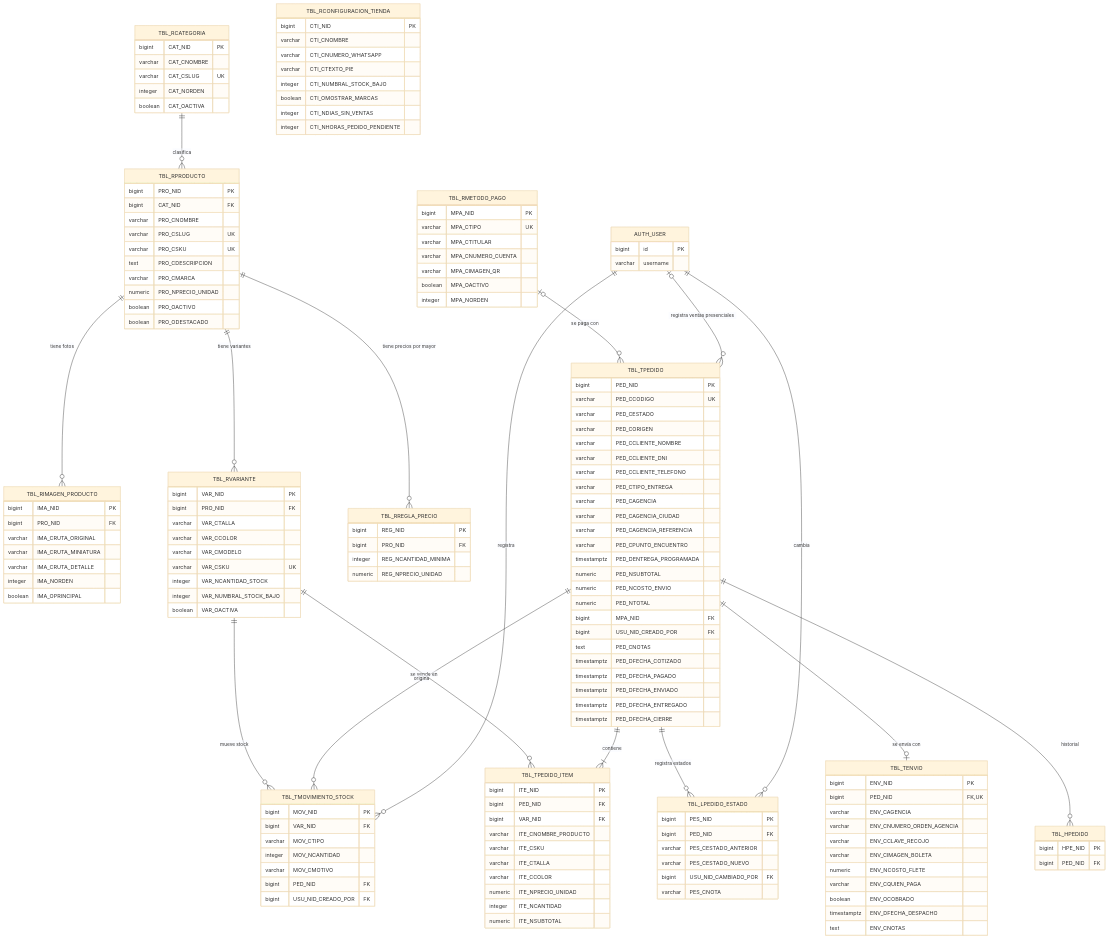
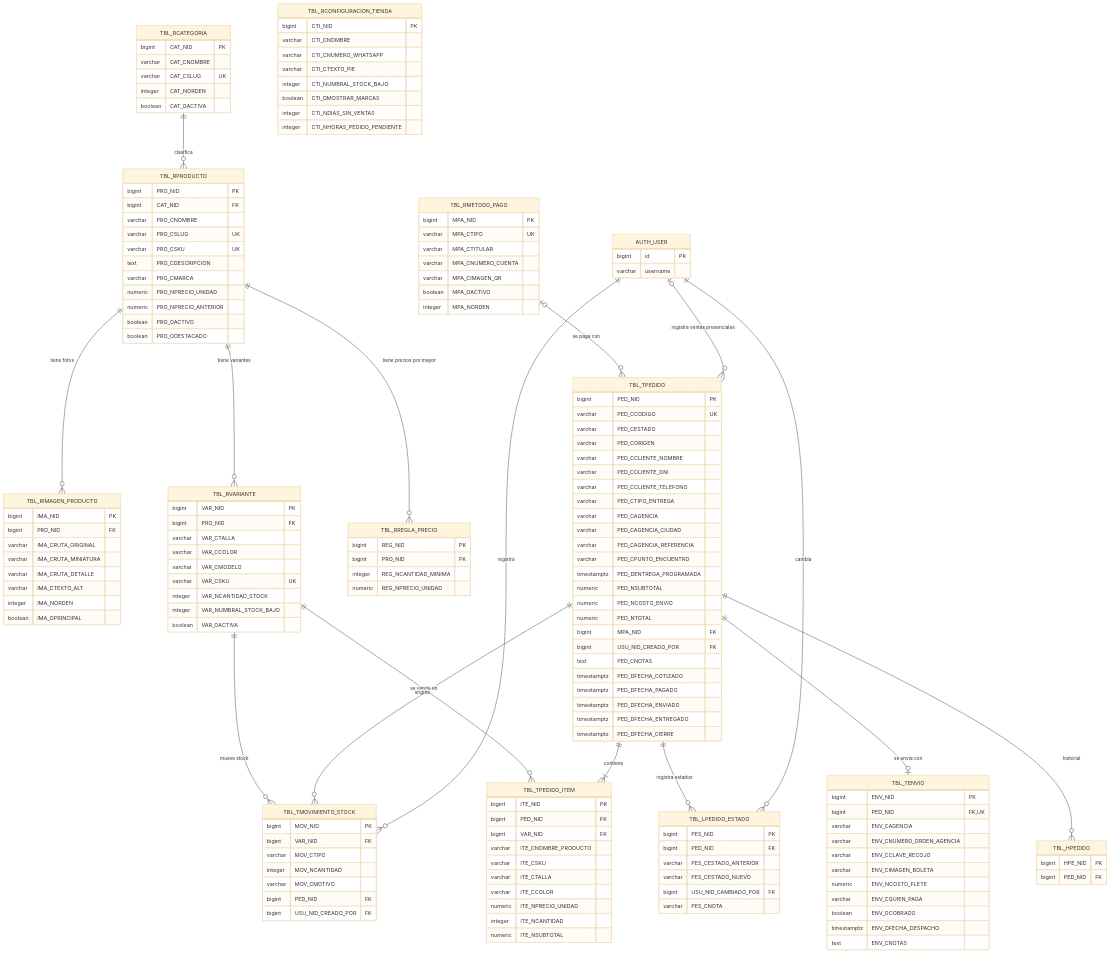
The diagram in 03-Diseno-Tecnico/base-datos/modelo-er.md (jcoldsolutionsj-lab/Proyect_03EcomerceEmunaSport), drawn with Mermaid (base theme) before and after one commit. The commit also changed 45 other files, not shown here.

```diff
--- a/03-Diseno-Tecnico/base-datos/modelo-er.md
+++ b/03-Diseno-Tecnico/base-datos/modelo-er.md
@@ -57,6 +57,7 @@
     text PRO_CDESCRIPCION
     varchar PRO_CMARCA
     numeric PRO_NPRECIO_UNIDAD
+    numeric PRO_NPRECIO_ANTERIOR
     boolean PRO_OACTIVO
     boolean PRO_ODESTACADO
   }
@@ -66,6 +67,7 @@
     varchar IMA_CRUTA_ORIGINAL
     varchar IMA_CRUTA_MINIATURA
     varchar IMA_CRUTA_DETALLE
+    varchar IMA_CTEXTO_ALT
     integer IMA_NORDEN
     boolean IMA_OPRINCIPAL
   }
```
